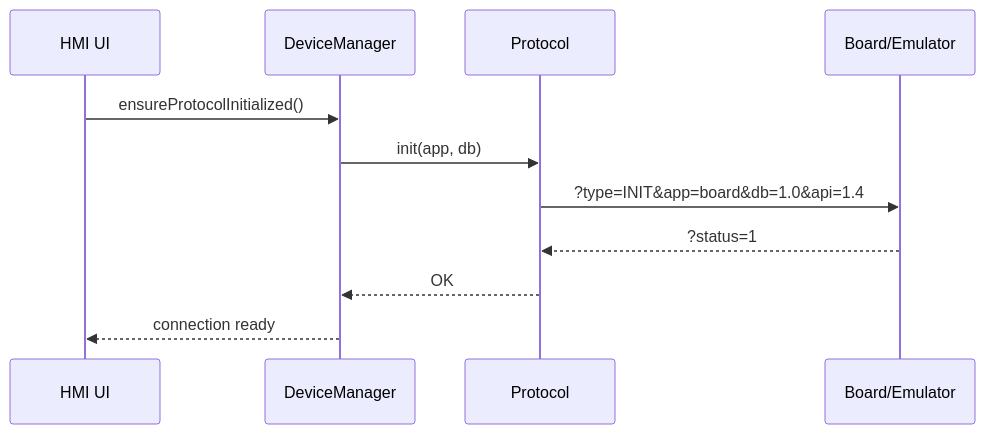
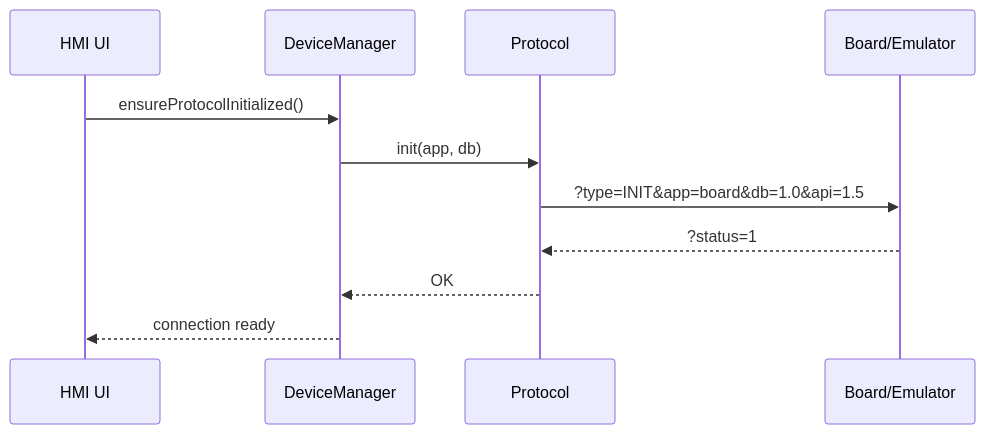
The first of 4 diagrams in docs/PROTOCOL_CZ.md (sgtkingo/EduBox-HUB-Panel), drawn with Mermaid before and after one commit. The commit also changed other lines of this file and 29 other files, not shown here.

````diff
--- a/docs/PROTOCOL_CZ.md
+++ b/docs/PROTOCOL_CZ.md
@@ -411,14 +411,14 @@
 ```mermaid
 sequenceDiagram
     participant UI as HMI UI
     participant DM as DeviceManager
     participant P as Protocol
     participant HW as Board/Emulator
 
     UI->>DM: ensureProtocolInitialized()
     DM->>P: init(app, db)
-    P->>HW: ?type=INIT&app=board&db=1.0&api=1.4
+    P->>HW: ?type=INIT&app=board&db=1.0&api=1.5
     HW-->>P: ?status=1
     P-->>DM: OK
     DM-->>UI: connection ready
 ```
````
